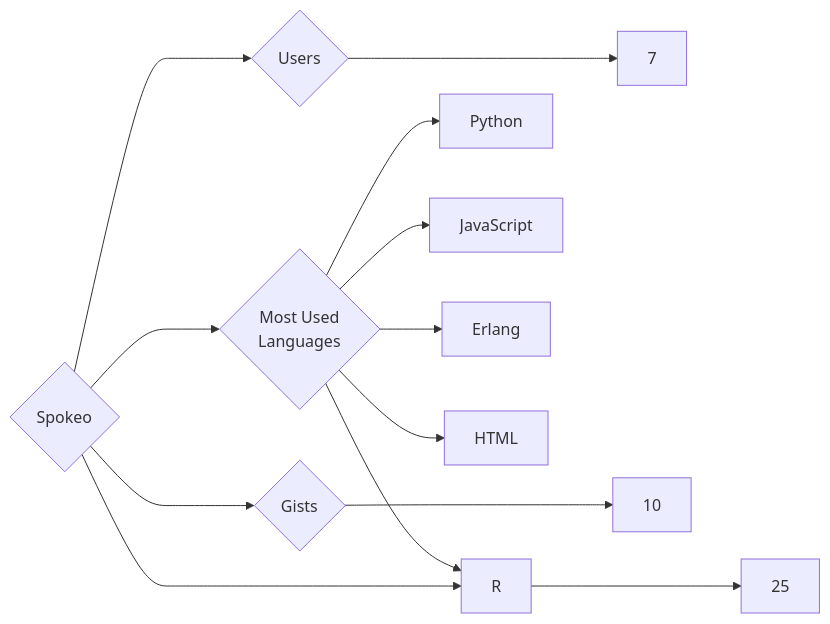
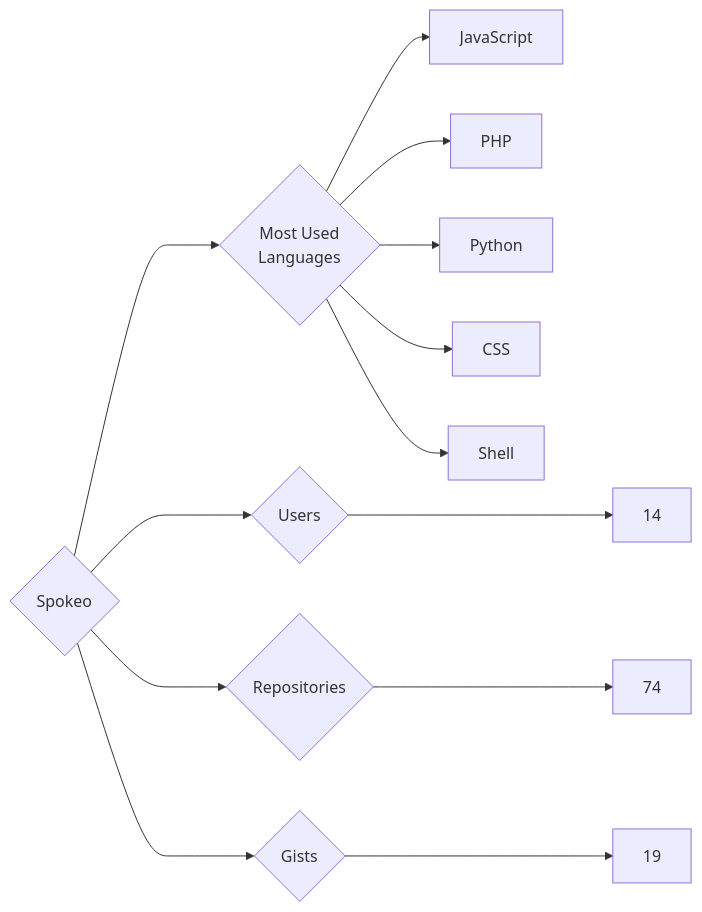
Before and after one commit to trickest/insiders: the diagram in targets/Spokeo/README.md, drawn with Mermaid. The commit also changed 715 other files, not shown here.

````diff
--- a/targets/Spokeo/README.md
+++ b/targets/Spokeo/README.md
@@ -3,13 +3,13 @@
 ```mermaid
 graph LR
 COMPANY_NAME{Spokeo}
-COMPANY_NAME ---> U{Users} ---> UN[7]
-COMPANY_NAME ---> R{Repositories} ---> RN[25]
-COMPANY_NAME ---> G{Gists} ---> GN[10]
+COMPANY_NAME ---> U{Users} ---> UN[14]
+COMPANY_NAME ---> R{Repositories} ---> RN[74]
+COMPANY_NAME ---> G{Gists} ---> GN[19]
 COMPANY_NAME ---> ML{Most Used<br>Languages}
+ML --> JavaScript[JavaScript]
+ML --> PHP[PHP]
 ML --> Python[Python]
-ML --> JavaScript[JavaScript]
-ML --> Erlang[Erlang]
-ML --> R[R]
-ML --> HTML[HTML]
+ML --> CSS[CSS]
+ML --> Shell[Shell]
 ```
````
